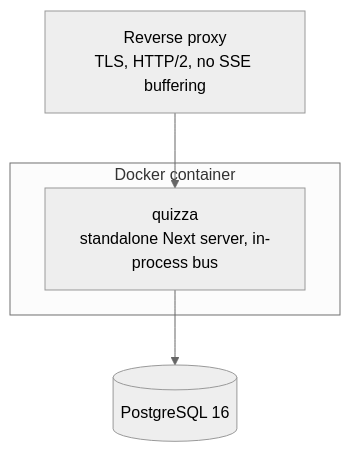
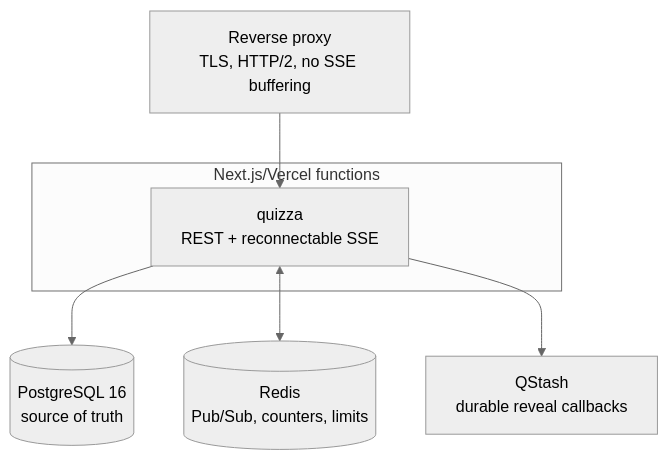
The eighth of 9 diagrams in docs/sdd.md (USAR-FOSS/Quizza), drawn with Mermaid (neutral theme) before and after one commit. The commit also changed other lines of this file and 46 other files, not shown here.

Commit message:
feat: scale live quizzes with Redis and durable reveals

````diff
--- a/docs/sdd.md
+++ b/docs/sdd.md
@@ -343,9 +341,14 @@
 ```mermaid
 flowchart TB
   proxy[Reverse proxy<br/>TLS, HTTP/2, no SSE buffering]
-  subgraph container[Docker container]
-    app[quizza<br/>standalone Next server, in-process bus]
+  subgraph container[Next.js/Vercel functions]
+    app[quizza<br/>REST + reconnectable SSE]
   end
-  db[(PostgreSQL 16)]
-  proxy --> app --> db
+  db[(PostgreSQL 16<br/>source of truth)]
+  redis[(Redis<br/>Pub/Sub, counters, limits)]
+  qstash[QStash<br/>durable reveal callbacks]
+  proxy --> app
+  app --> db
+  app <--> redis
+  app --> qstash
 ```
````
